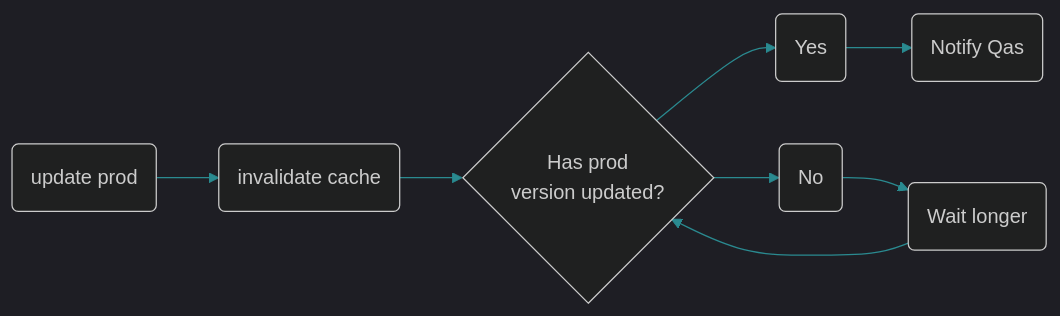
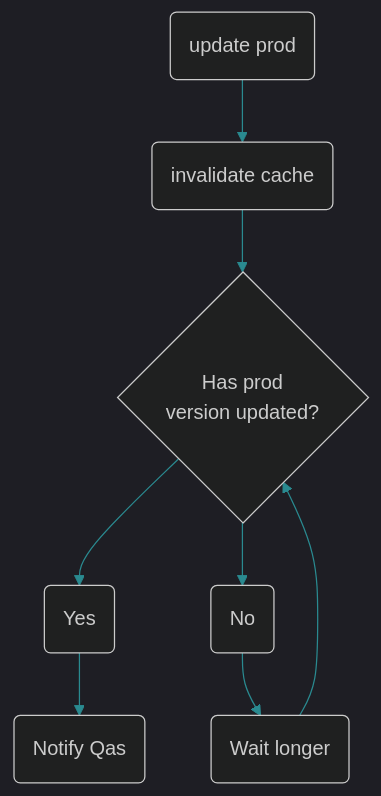
Before and after one commit to tearingItUp786/blog: the diagram in content/blog/15-scriptkit/index.mdx, drawn with Mermaid.

Commit message:
Update index.mdx to be top down

````diff
--- a/content/blog/15-scriptkit/index.mdx
+++ b/content/blog/15-scriptkit/index.mdx
@@ -60,31 +60,31 @@
 ```mermaid
 %%{
   init: {
     'theme': 'dark',
     'themeVariables': {
 			'fontSize": '16px',
 			'primaryColor': '#b01d8b',
 			'primaryTextColor': '#f3f3f7',
 			'primaryBorderColor': '#D3BCC0',
 			'lineColor': '#2a8a90',
 			'secondaryColor': '#507DBC',
 			'tertiaryColor': '#F4F4F2'
     }
   }
 }%%
-graph LR
+graph TD
   A(update prod)
   B(invalidate cache)
   C{Has prod \n version updated?}
   D(Notify Qas)
   D0(Yes)
   D1(No)
   E(Wait longer)
   A --> B
   B --> C
   C --> D0
   D0 --> D
   C --> D1
   D1 --> E
   E --> C
 ```
````
